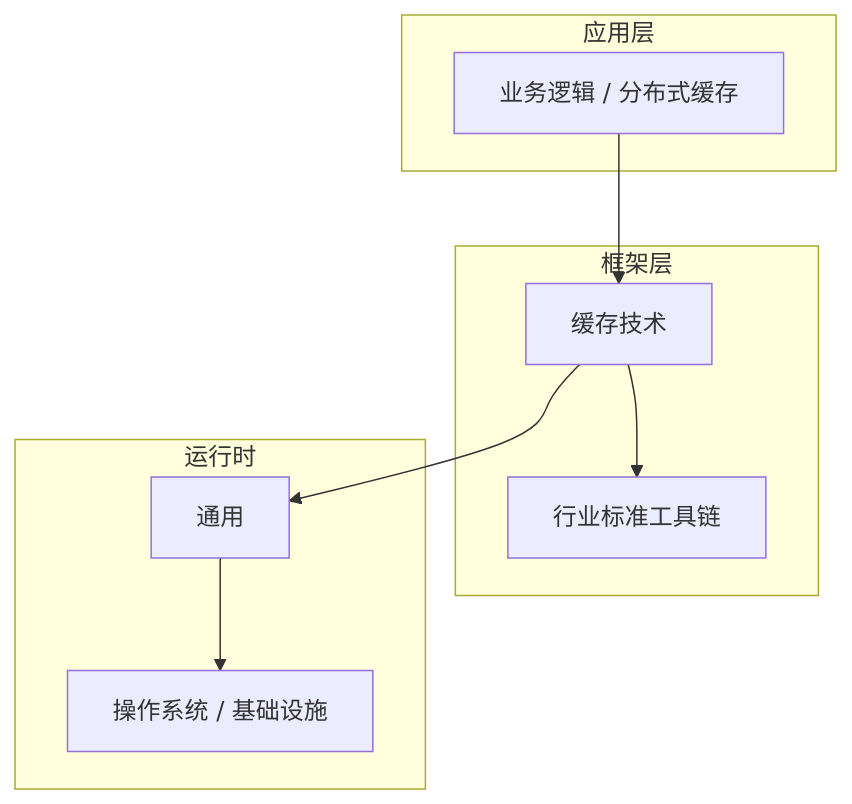
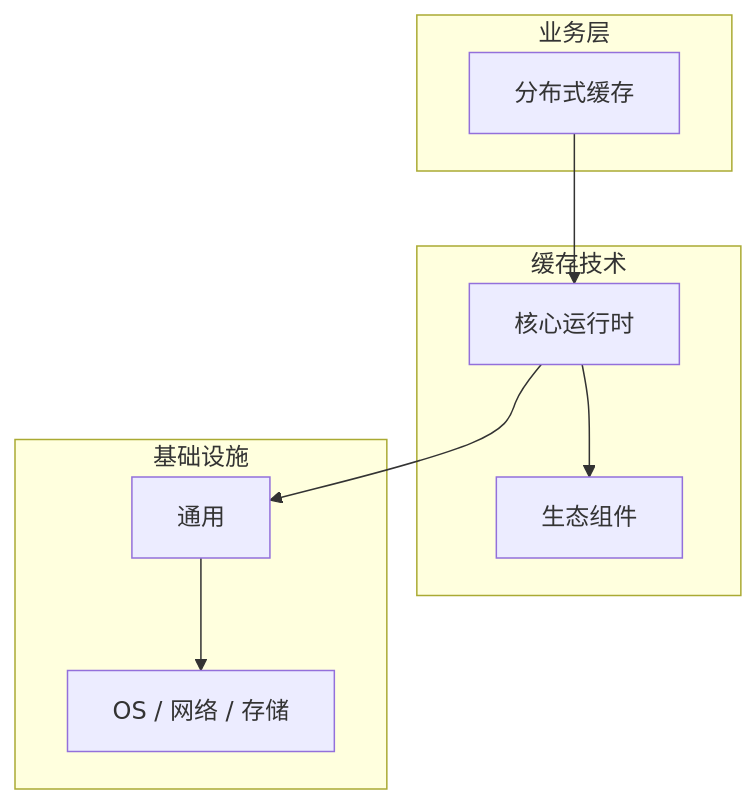
The diagram in articles/缓存技术/chapters/041-分布式缓存核心概念与原理.md (yanggan2015/knowledge-json-v2), drawn with Mermaid before and after one commit. The commit also changed other lines of this file and 10127 other files, not shown here.

````diff
--- a/articles/缓存技术/chapters/041-分布式缓存核心概念与原理.md
+++ b/articles/缓存技术/chapters/041-分布式缓存核心概念与原理.md
@@ -45,18 +34,18 @@
 ```mermaid
 graph TB
-    subgraph 应用层
-        A[业务逻辑 / 分布式缓存]
+    subgraph 业务层
+        A[分布式缓存]
     end
-    subgraph 框架层
-        B[缓存技术]
-        C[行业标准工具链]
+    subgraph 缓存技术
+        B[核心运行时]
+        C[生态组件]
     end
-    subgraph 运行时
+    subgraph 基础设施
         D[通用]
-        E[操作系统 / 基础设施]
+        E[OS / 网络 / 存储]
     end
     A --> B
     B --> C
     B --> D
     D --> E
 ```
````
